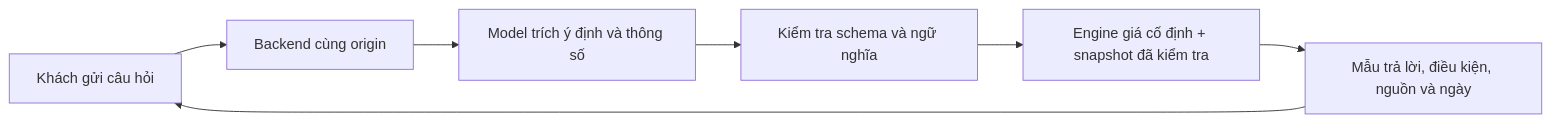
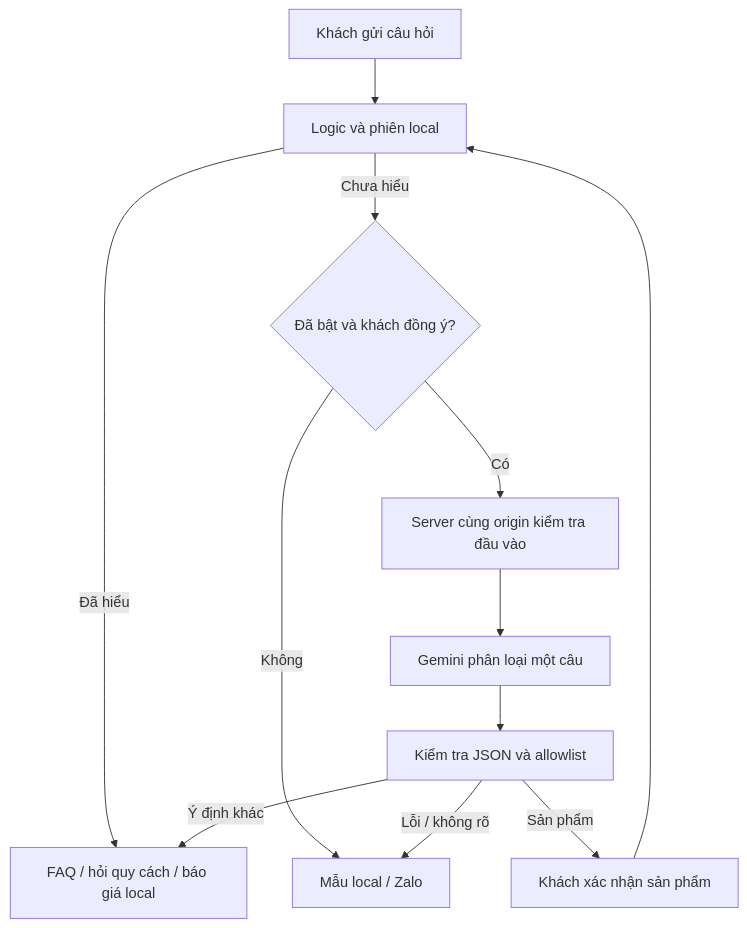
The diagram in docs/llm-adapter.md (Phanloc31012002/test-mam), drawn with Mermaid before and after one commit. The commit also changed other lines of this file and 26 other files, not shown here.

````diff
--- a/docs/llm-adapter.md
+++ b/docs/llm-adapter.md
@@ -11,9 +7,14 @@
 ```mermaid
-flowchart LR
-  B[Khách gửi câu hỏi] --> S[Backend cùng origin]
-  S --> M[Model trích ý định và thông số]
-  M --> V[Kiểm tra schema và ngữ nghĩa]
-  V --> P[Engine giá cố định + snapshot đã kiểm tra]
-  P --> T[Mẫu trả lời, điều kiện, nguồn và ngày]
-  T --> B
+flowchart TD
+  Q[Khách gửi câu hỏi] --> L[Logic và phiên local]
+  L -->|Đã hiểu| A[FAQ / hỏi quy cách / báo giá local]
+  L -->|Chưa hiểu| C{Đã bật và khách đồng ý?}
+  C -->|Không| F[Mẫu local / Zalo]
+  C -->|Có| S[Server cùng origin kiểm tra đầu vào]
+  S --> M[Gemini phân loại một câu]
+  M --> V[Kiểm tra JSON và allowlist]
+  V -->|Sản phẩm| P[Khách xác nhận sản phẩm]
+  P --> L
+  V -->|Ý định khác| A
+  V -->|Lỗi / không rõ| F
 ```
````
